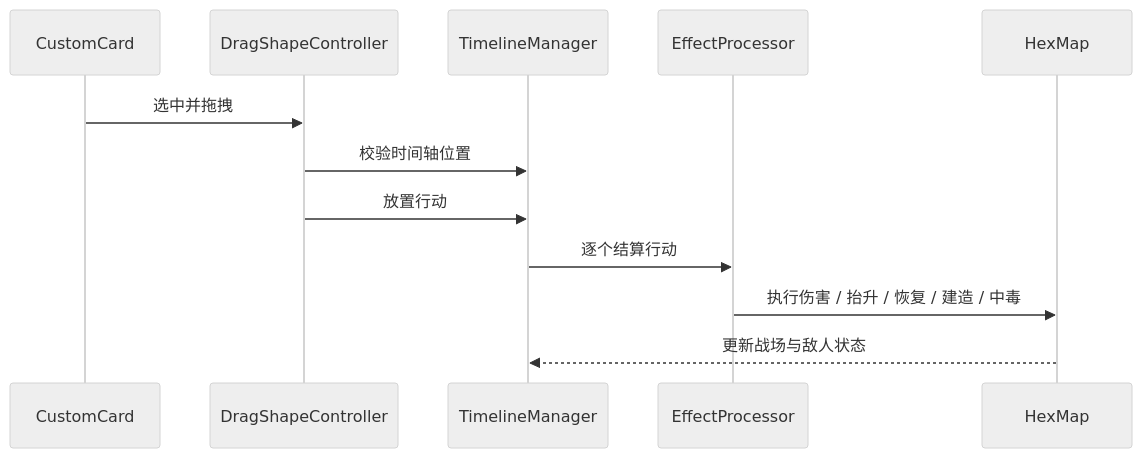
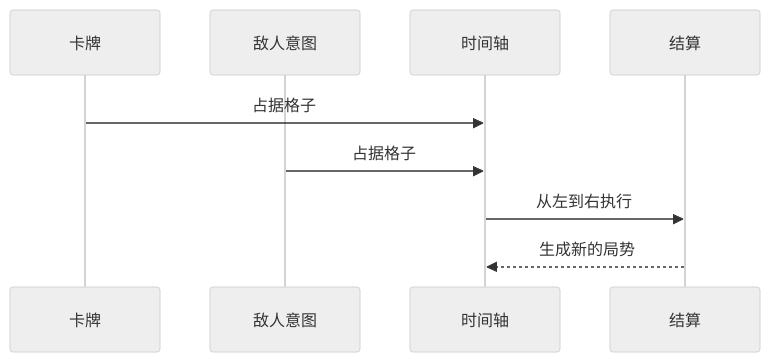
The third of 4 diagrams in README.md (xcyhjn/time-key-godot), drawn with Mermaid (neutral theme) before and after one commit. The commit also changed other lines of this file, not shown here.

````diff
--- a/README.md
+++ b/README.md
@@ -67,15 +94,12 @@
 ```mermaid
 sequenceDiagram
-    participant Card as CustomCard
-    participant Drag as DragShapeController
-    participant TL as TimelineManager
-    participant FX as EffectProcessor
-    participant Map as HexMap
+    participant Card as 卡牌
+    participant Enemy as 敌人意图
+    participant Axis as 时间轴
+    participant Resolve as 结算
 
-    Card->>Drag: 选中并拖拽
-    Drag->>TL: 校验时间轴位置
-    Drag->>TL: 放置行动
-    TL->>FX: 逐个结算行动
-    FX->>Map: 执行伤害 / 抬升 / 恢复 / 建造 / 中毒
-    Map-->>TL: 更新战场与敌人状态
+    Card->>Axis: 占据格子
+    Enemy->>Axis: 占据格子
+    Axis->>Resolve: 从左到右执行
+    Resolve-->>Axis: 生成新的局势
 ```
````
